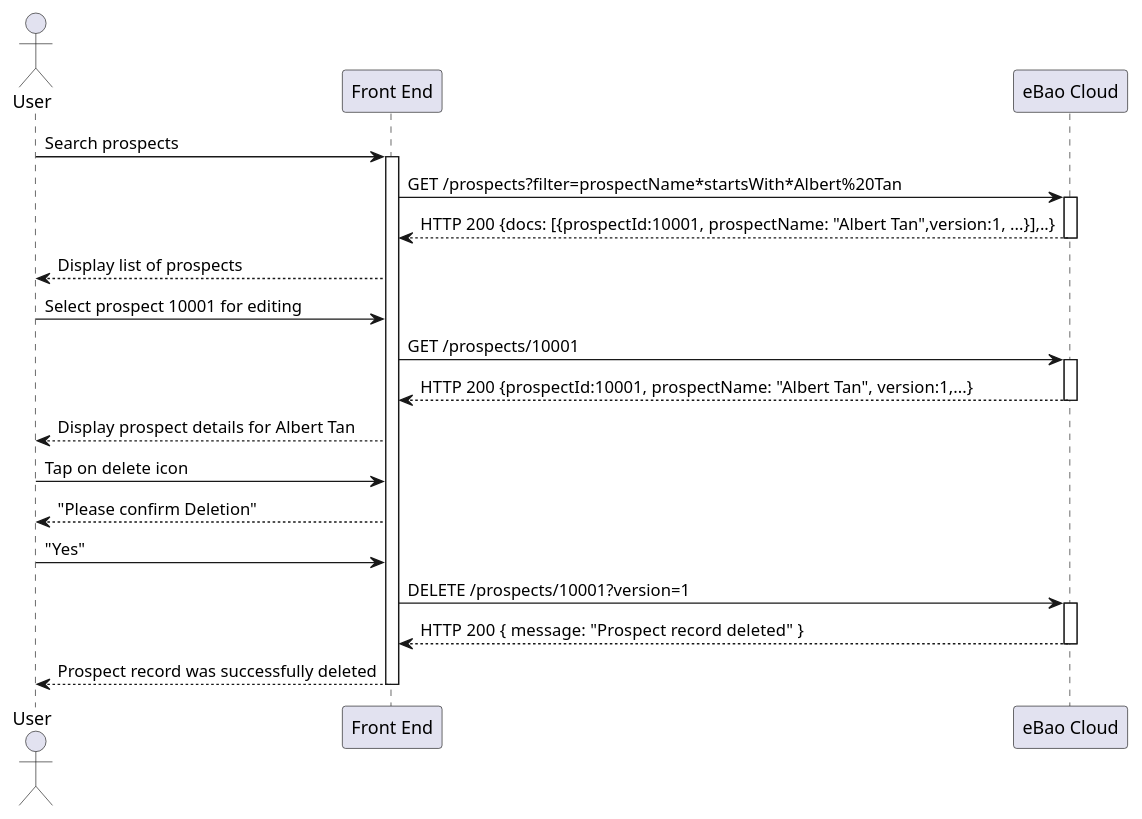
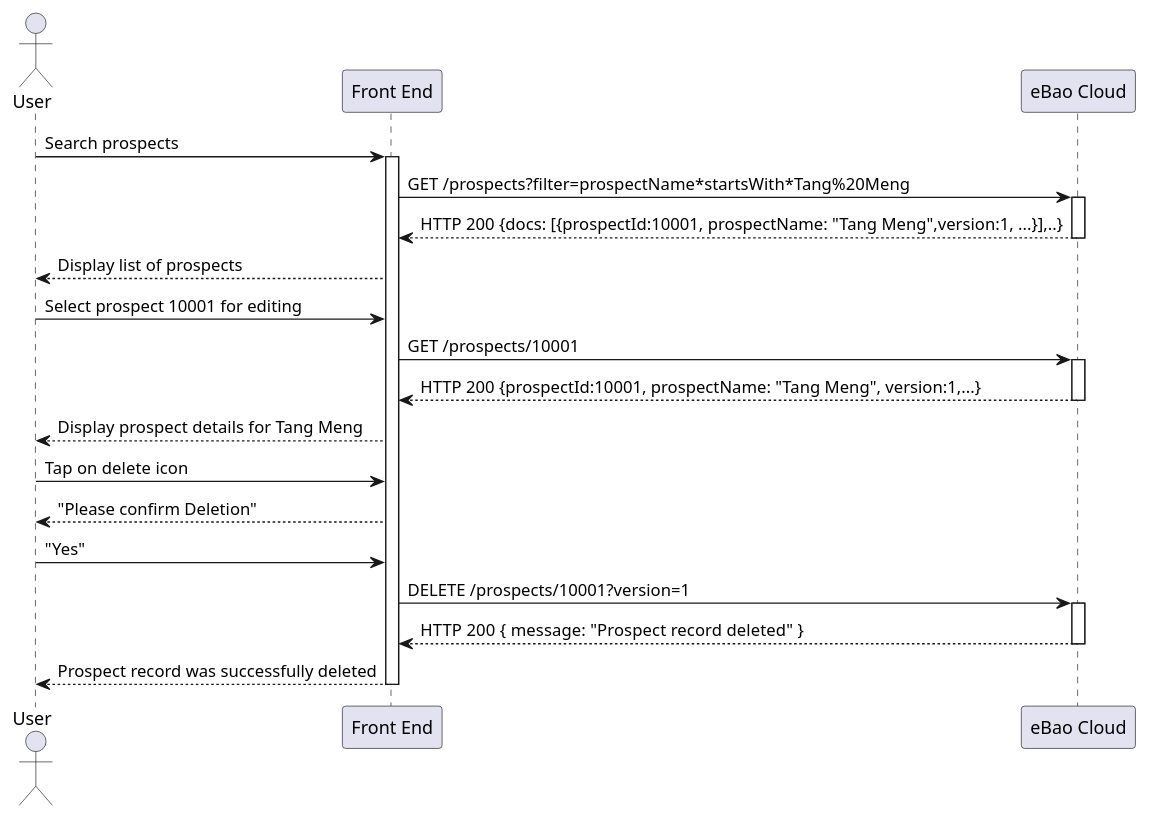
One commit to yitchoong/cloudapi changed the fifth of 9 diagrams in markdown/prospects.md. Above: the diagram before and after it, drawn with PlantUML. The commit also changed other lines of this file and 3 other files, not shown here.

````diff
--- a/markdown/prospects.md
+++ b/markdown/prospects.md
@@ -168,27 +205,27 @@
 ```puml
 actor User
 participant "Front End" as F
 participant "eBao Cloud" as ebao
 User -> F : Search prospects
 activate F
-F -> ebao : GET /prospects?filter=prospectName*startsWith*Albert%20Tan
+F -> ebao : GET /prospects?filter=prospectName*startsWith*Tang%20Meng
 activate ebao
-ebao --> F : HTTP 200 {docs: [{prospectId:10001, prospectName: "Albert Tan",version:1, ...}],..}
+ebao --> F : HTTP 200 {docs: [{prospectId:10001, prospectName: "Tang Meng",version:1, ...}],..}
 deactivate ebao
 F --> User: Display list of prospects
 User -> F : Select prospect 10001 for editing
 F -> ebao : GET /prospects/10001
 activate ebao
-ebao --> F : HTTP 200 {prospectId:10001, prospectName: "Albert Tan", version:1,...}
+ebao --> F : HTTP 200 {prospectId:10001, prospectName: "Tang Meng", version:1,...}
 deactivate ebao
-F --> User : Display prospect details for Albert Tan
+F --> User : Display prospect details for Tang Meng
 User -> F : Tap on delete icon
 F --> User : "Please confirm Deletion"
 User -> F : "Yes"
 F -> ebao : DELETE /prospects/10001?version=1
 activate ebao
 ebao --> F : HTTP 200 { message: "Prospect record deleted"  }
 deactivate ebao
 F --> User : Prospect record was successfully deleted
 deactivate F
 ```
````
